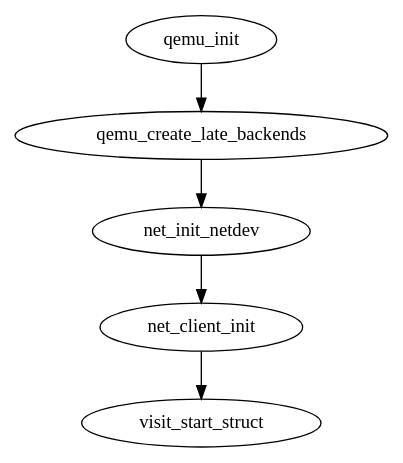
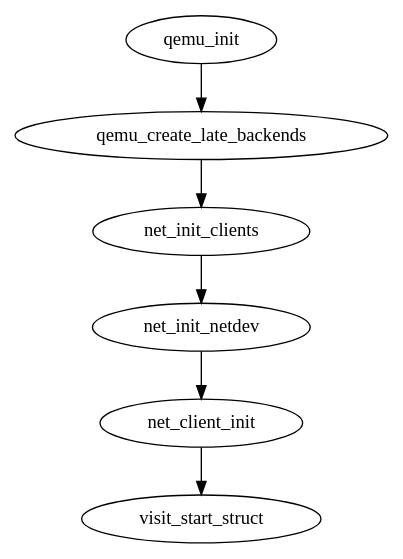
Before and after one commit to sisyphus1212/note: the diagram in qemu/qemu vhost_user的初始化逻辑.md, drawn with Graphviz.

Commit message:
auto_update

````diff
--- a/qemu/qemu vhost_user的初始化逻辑.md
+++ b/qemu/qemu vhost_user的初始化逻辑.md
@@ -13,5 +13,5 @@
 ```graphviz
 digraph {
-qemu_init -> qemu_create_late_backends -> net_init_netdev -> net_client_init -> visit_start_struct
+qemu_init -> qemu_create_late_backends -> net_init_clients -> net_init_netdev -> net_client_init -> visit_start_struct
 }
 ```
````
